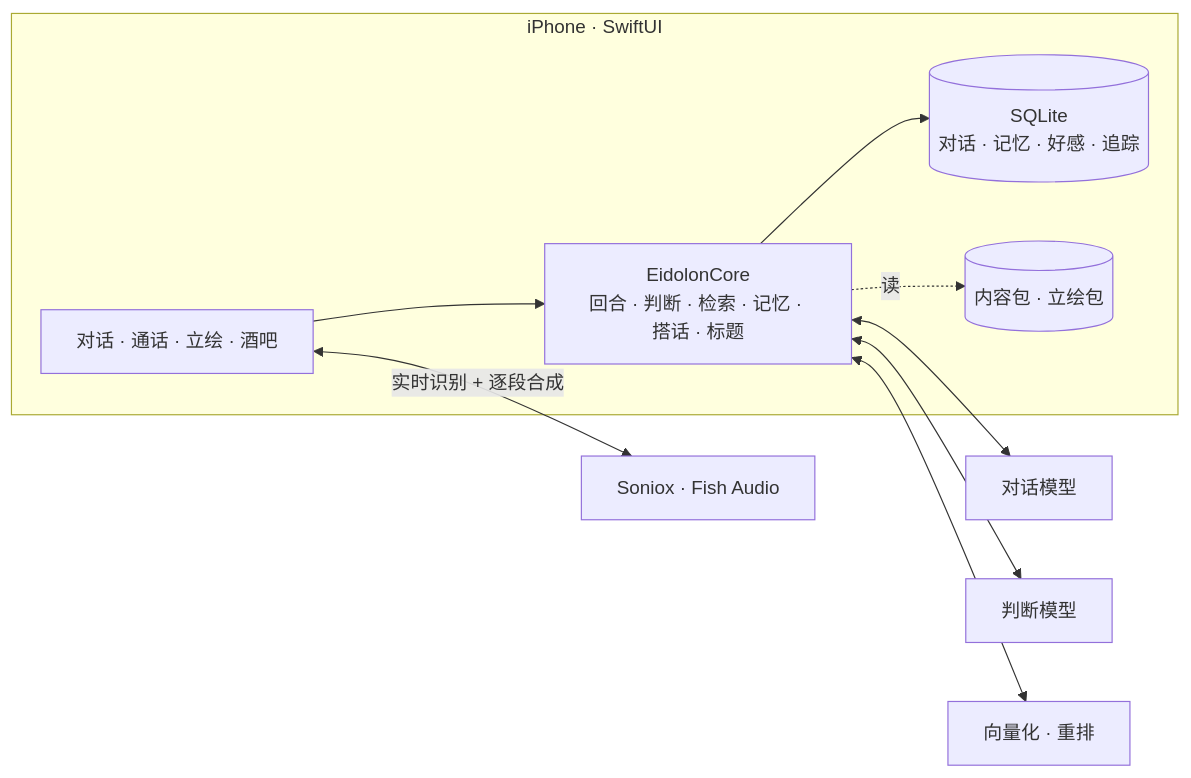
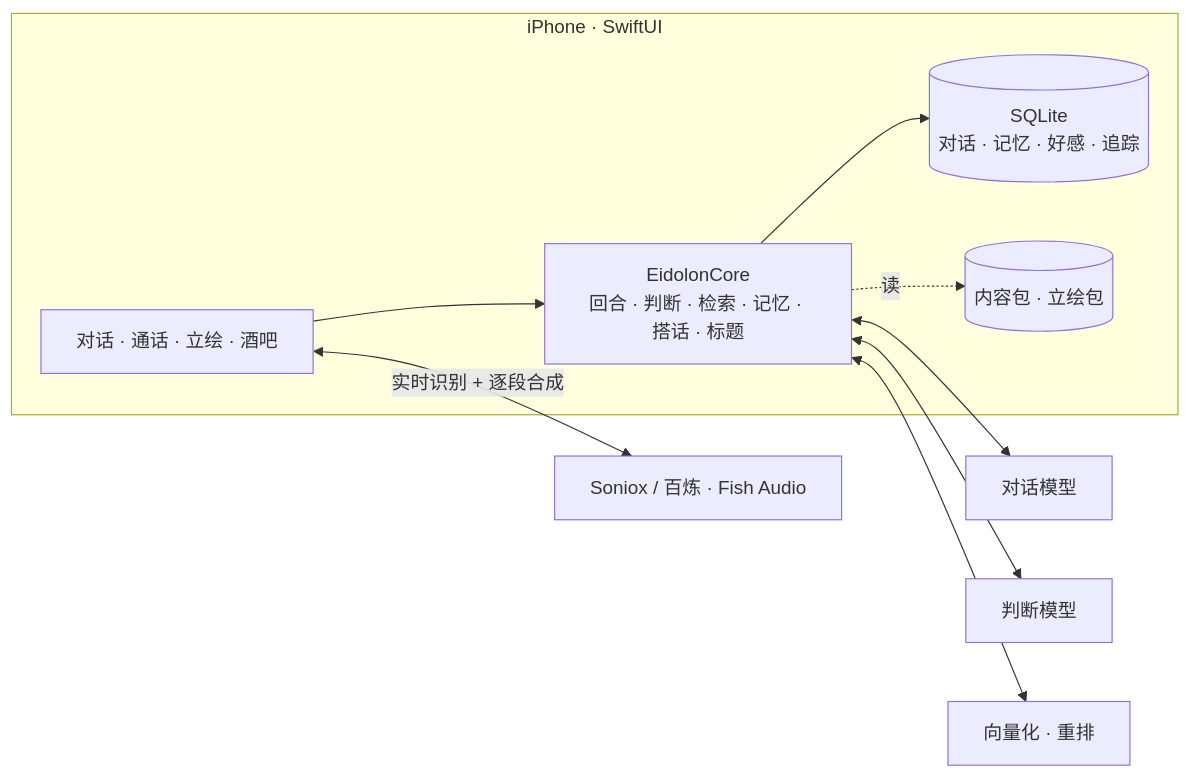
Before and after one commit to JackLin513/eidolon-sc-ios: the diagram in README.md, drawn with Mermaid. The commit also changed other lines of this file and 17 other files, not shown here.

````diff
--- a/README.md
+++ b/README.md
@@ -118,17 +118,17 @@
 ```mermaid
 flowchart LR
     subgraph Phone["iPhone · SwiftUI"]
         UI["对话 · 通话 · 立绘 · 酒吧"]
         Engine["EidolonCore<br/>回合 · 判断 · 检索 · 记忆 · 搭话 · 标题"]
         DB[("SQLite<br/>对话 · 记忆 · 好感 · 追踪")]
         Pkg[("内容包 · 立绘包")]
     end
 
-    UI <-- "实时识别 + 逐段合成" --> STT["Soniox · Fish Audio"]
+    UI <-- "实时识别 + 逐段合成" --> STT["Soniox / 百炼 · Fish Audio"]
     UI --> Engine
     Engine --> DB
     Engine -. "读" .-> Pkg
     Engine <--> ChatLLM["对话模型"]
     Engine <--> Judge["判断模型"]
     Engine <--> Emb["向量化 · 重排"]
 ```
````
